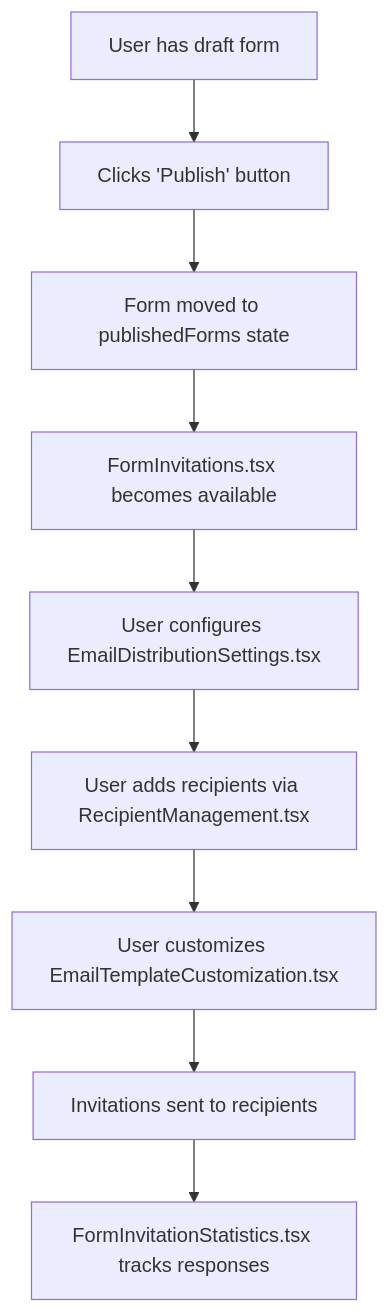
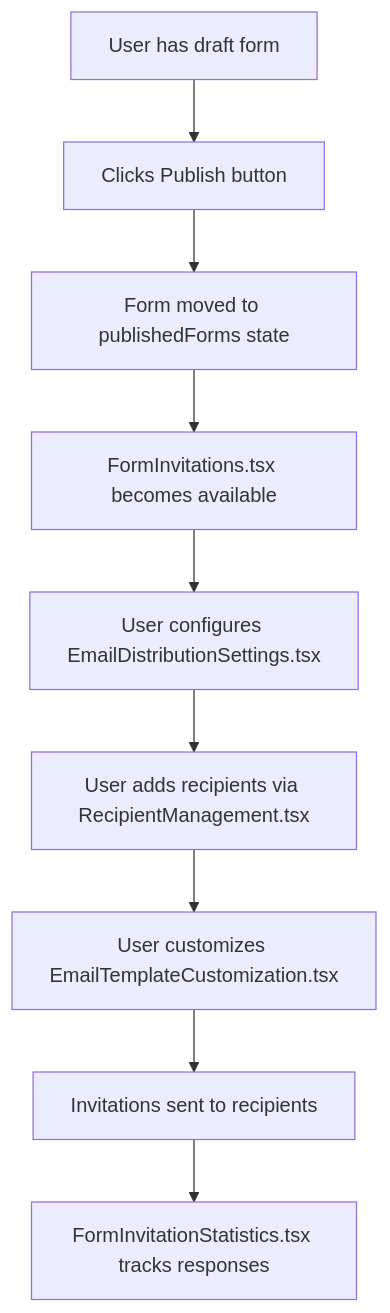
One commit to solidrange/solidrange-form-flow changed the second of 4 diagrams in Resources/FILE_STRUCTURE_AND_FLOW.md. Above: the diagram before and after it, drawn with Mermaid. The commit also changed other lines of this file, not shown here.

````diff
--- a/Resources/FILE_STRUCTURE_AND_FLOW.md
+++ b/Resources/FILE_STRUCTURE_AND_FLOW.md
@@ -220,11 +220,11 @@
 ```mermaid
-graph TD
-    A[User has draft form] --> B[Clicks 'Publish' button]
-    B --> C[Form moved to publishedForms state]
-    C --> D[FormInvitations.tsx becomes available]
-    D --> E[User configures EmailDistributionSettings.tsx]
-    E --> F[User adds recipients via RecipientManagement.tsx]
-    F --> G[User customizes EmailTemplateCustomization.tsx]
-    G --> H[Invitations sent to recipients]
-    H --> I[FormInvitationStatistics.tsx tracks responses]
+flowchart TD
+    A["User has draft form"] --> B["Clicks Publish button"]
+    B --> C["Form moved to publishedForms state"]
+    C --> D["FormInvitations.tsx becomes available"]
+    D --> E["User configures EmailDistributionSettings.tsx"]
+    E --> F["User adds recipients via RecipientManagement.tsx"]
+    F --> G["User customizes EmailTemplateCustomization.tsx"]
+    G --> H["Invitations sent to recipients"]
+    H --> I["FormInvitationStatistics.tsx tracks responses"]
 ```
````
